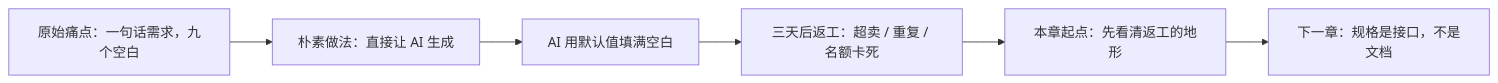
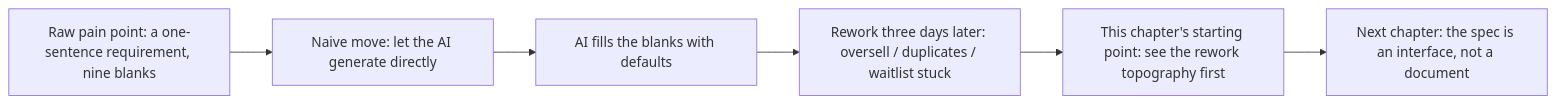
One commit to xzlxiao/vibe-coding-textbook changed the first of 2 diagrams in phase2/chapters/ch01-rework-topography.md. Above: the diagram before and after it, drawn with Mermaid. The commit also changed other lines of this file and 15 other files, not shown here.

````diff
--- a/phase2/chapters/ch01-rework-topography.md
+++ b/phase2/chapters/ch01-rework-topography.md
@@ -83,8 +83,8 @@
 ```mermaid
 flowchart LR
-    P["原始痛点：一句话需求，九个空白"] --> N["朴素做法：直接让 AI 生成"]
-    N --> F["AI 用默认值填满空白"]
-    F --> R["三天后返工：超卖 / 重复 / 名额卡死"]
-    R --> S["本章起点：先看清返工的地形"]
-    S --> T["下一章：规格是接口，不是文档"]
+    P["Raw pain point: a one-sentence requirement, nine blanks"] --> N["Naive move: let the AI generate directly"]
+    N --> F["AI fills the blanks with defaults"]
+    F --> R["Rework three days later: oversell / duplicates / waitlist stuck"]
+    R --> S["This chapter's starting point: see the rework topography first"]
+    S --> T["Next chapter: the spec is an interface, not a document"]
 ```
````
